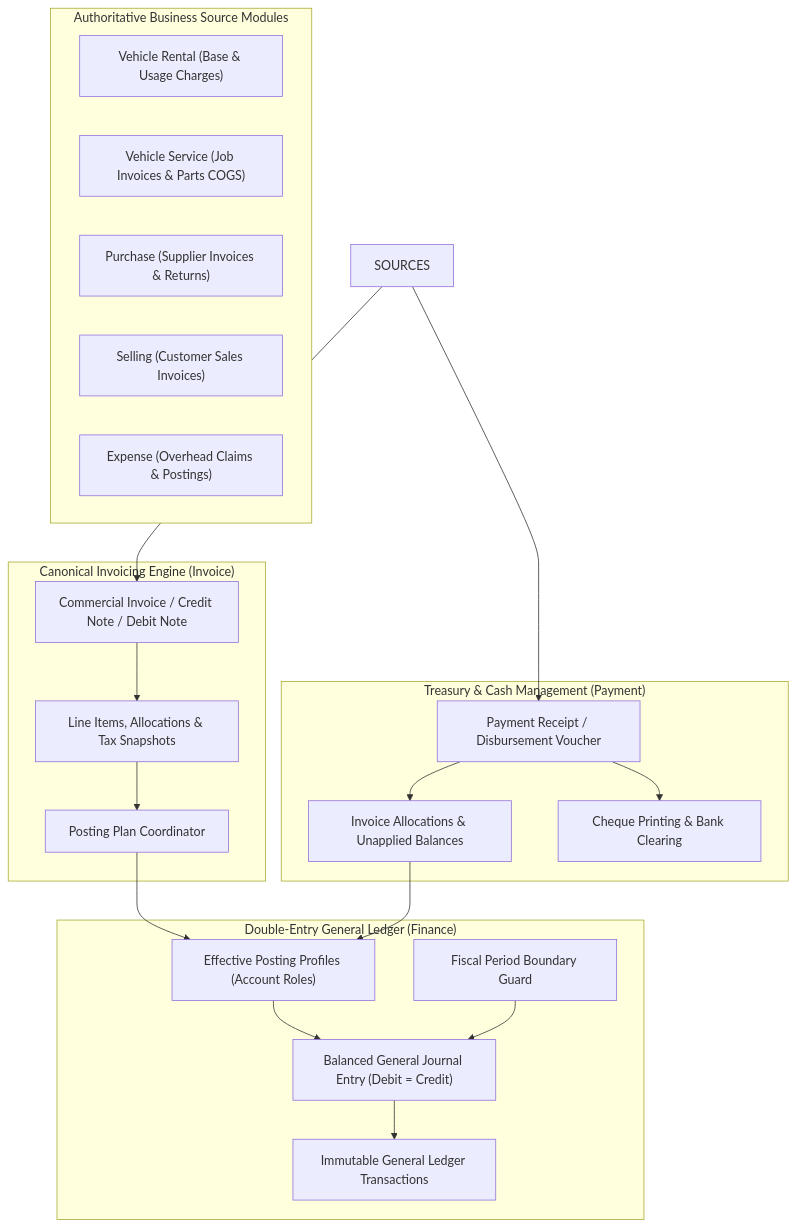
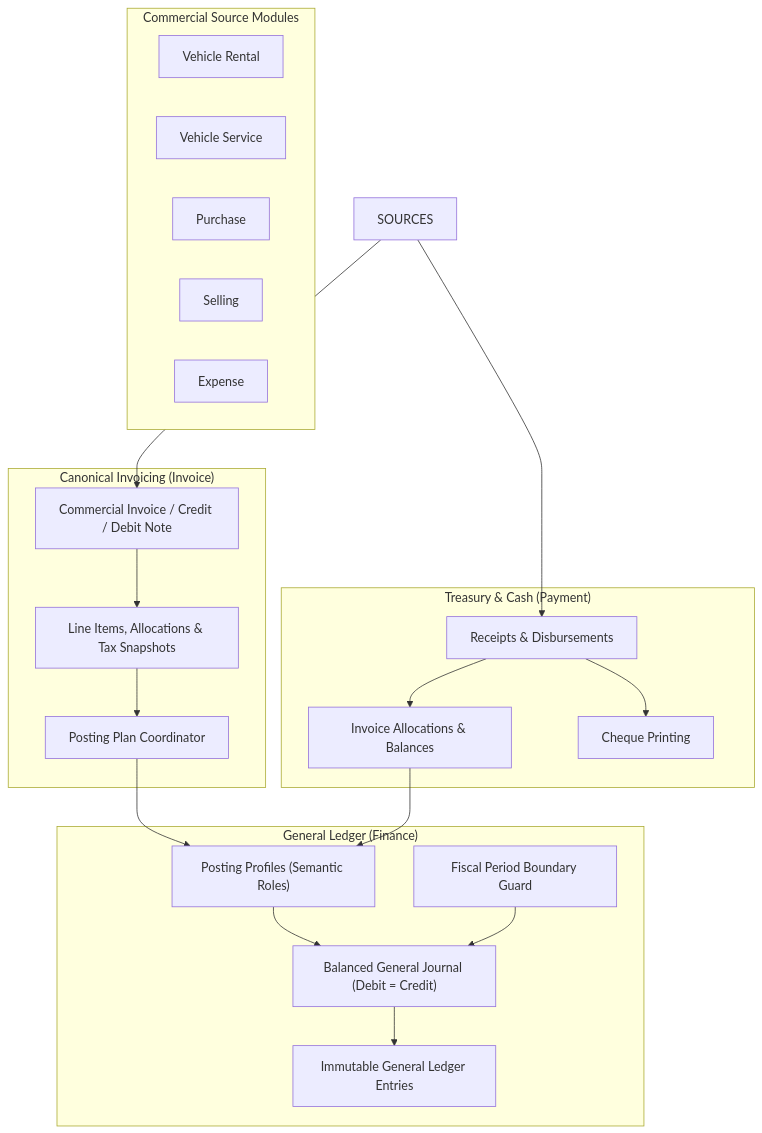
The third of 3 diagrams in docs/knowledgebase.md (kasunvimarshana/AutoERP), drawn with Mermaid before and after one commit. The commit also changed other lines of this file and 1 other file, not shown here.

````diff
--- a/docs/knowledgebase.md
+++ b/docs/knowledgebase.md
@@ -397,41 +610,41 @@
 ```mermaid
 flowchart TD
-    subgraph Sources["Authoritative Business Source Modules"]
-        RENTAL_SRC["Vehicle Rental (Base & Usage Charges)"]
-        SERVICE_SRC["Vehicle Service (Job Invoices & Parts COGS)"]
-        PURCHASE_SRC["Purchase (Supplier Invoices & Returns)"]
-        SALES_SRC["Selling (Customer Sales Invoices)"]
-        EXPENSE_SRC["Expense (Overhead Claims & Postings)"]
+    subgraph Sources["Commercial Source Modules"]
+        RENTAL_SRC["Vehicle Rental"]
+        SERVICE_SRC["Vehicle Service"]
+        PURCHASE_SRC["Purchase"]
+        SALES_SRC["Selling"]
+        EXPENSE_SRC["Expense"]
     end
 
-    subgraph Invoicing["Canonical Invoicing Engine (Invoice)"]
-        INV_DOC["Commercial Invoice / Credit Note / Debit Note"]
+    subgraph Invoicing["Canonical Invoicing (Invoice)"]
+        INV_DOC["Commercial Invoice / Credit / Debit Note"]
         INV_LINE["Line Items, Allocations & Tax Snapshots"]
         INV_POST["Posting Plan Coordinator"]
         INV_DOC --> INV_LINE
         INV_LINE --> INV_POST
     end
 
-    subgraph Payments["Treasury & Cash Management (Payment)"]
-        PAY_DOC["Payment Receipt / Disbursement Voucher"]
-        PAY_ALLOC["Invoice Allocations & Unapplied Balances"]
-        CHEQUE_GEN["Cheque Printing & Bank Clearing"]
+    subgraph Payments["Treasury & Cash (Payment)"]
+        PAY_DOC["Receipts & Disbursements"]
+        PAY_ALLOC["Invoice Allocations & Balances"]
+        CHEQUE_GEN["Cheque Printing"]
         PAY_DOC --> PAY_ALLOC
         PAY_DOC --> CHEQUE_GEN
     end
 
-    subgraph Accounting["Double-Entry General Ledger (Finance)"]
-        POSTING_PROF["Effective Posting Profiles (Account Roles)"]
-        JOURNAL["Balanced General Journal Entry (Debit = Credit)"]
-        GL_TRANS["Immutable General Ledger Transactions"]
+    subgraph Accounting["General Ledger (Finance)"]
+        POSTING_PROF["Posting Profiles (Semantic Roles)"]
+        JOURNAL["Balanced General Journal (Debit = Credit)"]
+        GL_TRANS["Immutable General Ledger Entries"]
         PERIOD_GUARD["Fiscal Period Boundary Guard"]
         POSTING_PROF --> JOURNAL
         PERIOD_GUARD --> JOURNAL
         JOURNAL --> GL_TRANS
     end
 
     SOURCES --> INV_DOC
     SOURCES --> PAY_DOC
     INV_POST --> POSTING_PROF
     PAY_ALLOC --> POSTING_PROF
 ```
````
